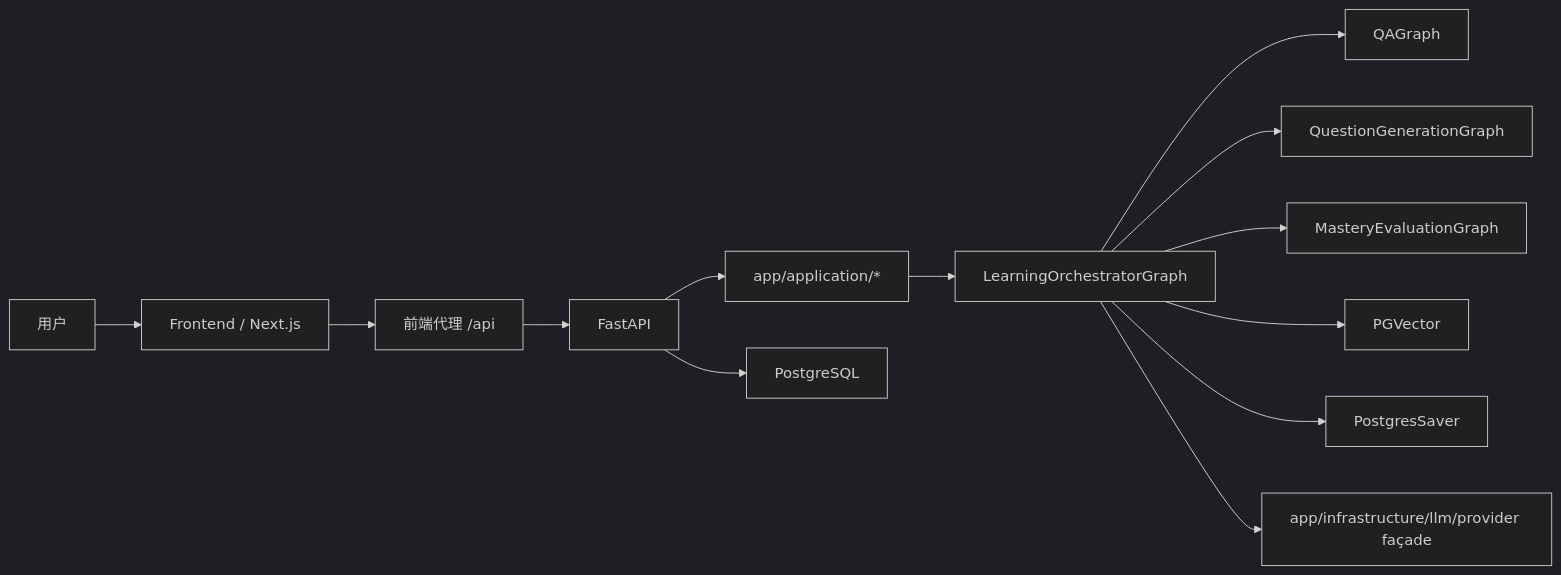
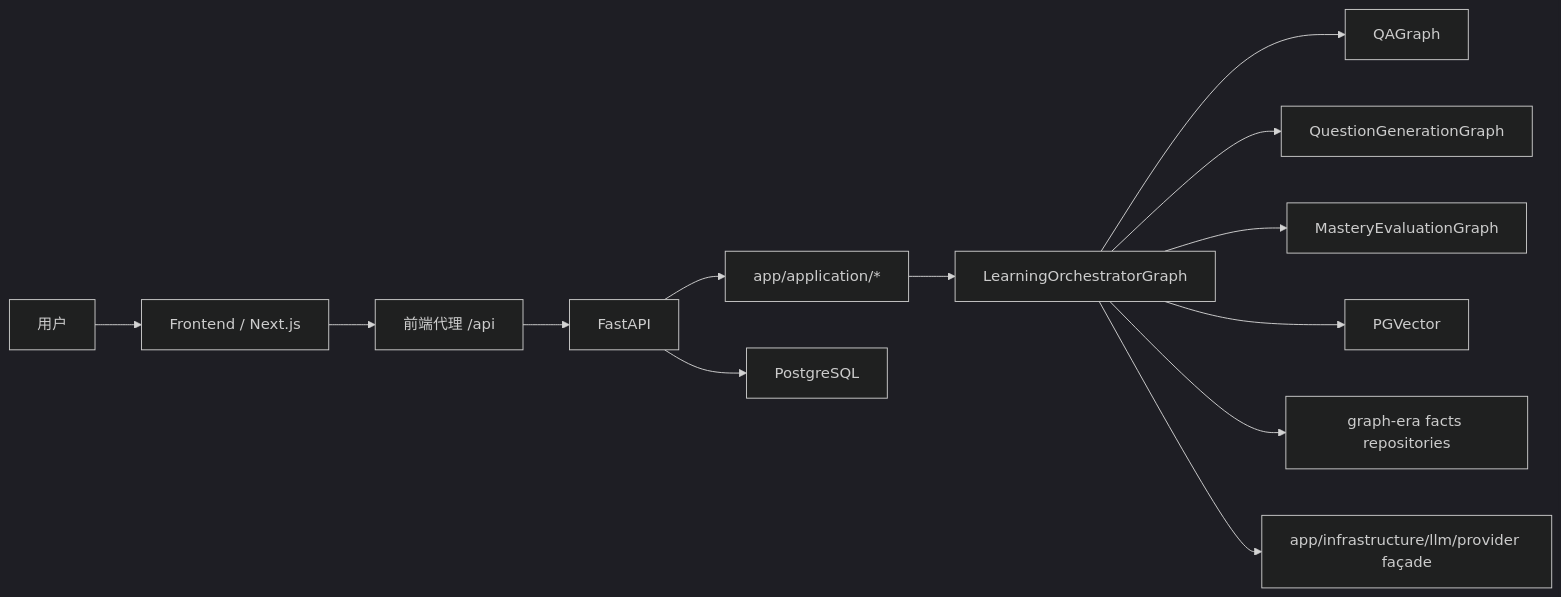
Before and after one commit to Xiaomuw/Learning-assistant: the diagram in docs/technical-design.md, drawn with Mermaid (dark theme). The commit also changed other lines of this file and 94 other files, not shown here.

Commit message:
feat: sync graph practice auth and weapp updates

````diff
--- a/docs/technical-design.md
+++ b/docs/technical-design.md
@@ -7,15 +7,15 @@
 ```mermaid
 flowchart LR
     U["用户"] --> F["Frontend / Next.js"]
     F --> P["前端代理 /api"]
     P --> B["FastAPI"]
     B --> A["app/application/*"]
     A --> G["LearningOrchestratorGraph"]
     G --> QA["QAGraph"]
     G --> Q["QuestionGenerationGraph"]
     G --> M["MasteryEvaluationGraph"]
     B --> DB["PostgreSQL"]
     G --> V["PGVector"]
-    G --> C["PostgresSaver"]
+    G --> GF["graph-era facts repositories"]
     G --> MP["app/infrastructure/llm/provider façade"]
 ```
````
